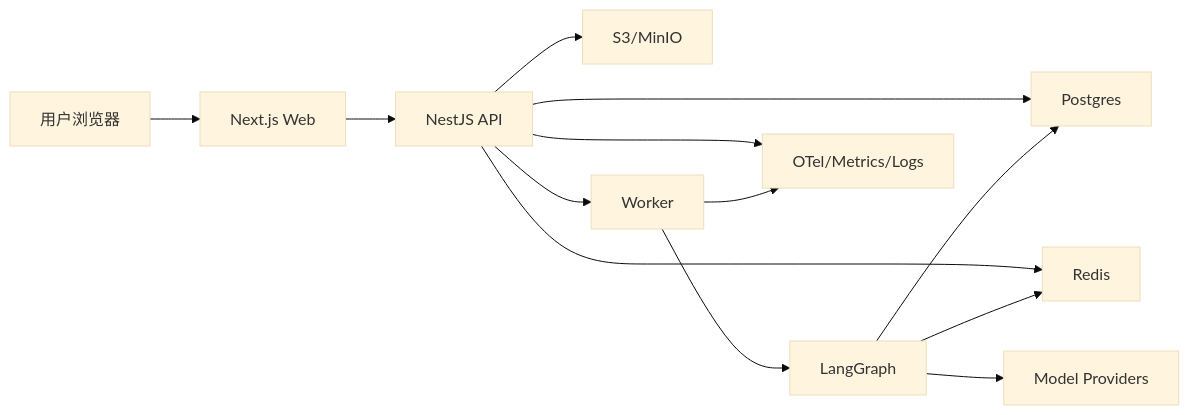
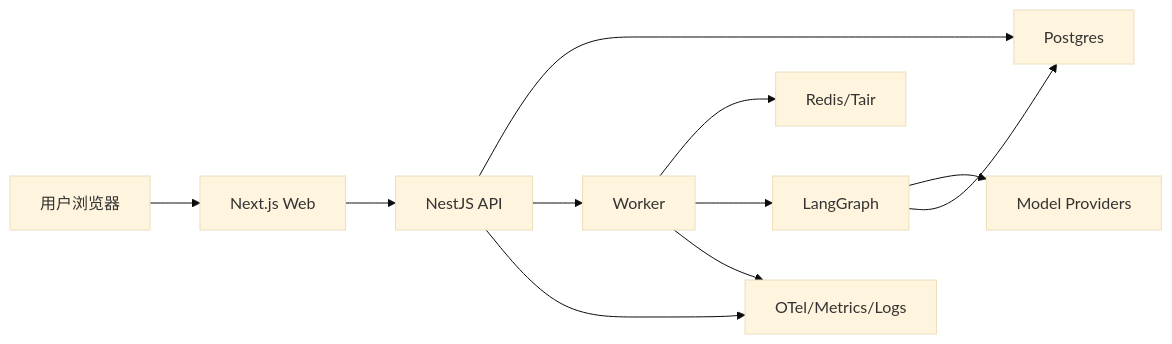
Before and after one commit to miaole/meetwise: the diagram in ai-docs/architecture/system-blueprint.md, drawn with Mermaid (base theme). The commit also changed other lines of this file and 9 other files, not shown here.

````diff
--- a/ai-docs/architecture/system-blueprint.md
+++ b/ai-docs/architecture/system-blueprint.md
@@ -62,15 +65,13 @@
 ```mermaid
 flowchart LR
   User["用户浏览器"] --> Web["Next.js Web"]
   Web --> Api["NestJS API"]
   Api --> DB["Postgres"]
-  Api --> Redis["Redis"]
-  Api --> S3["S3/MinIO"]
   Api --> Worker["Worker"]
+  Worker --> Redis["Redis/Tair"]
   Worker --> Graphs["LangGraph"]
   Graphs --> LLM["Model Providers"]
   Graphs --> DB
-  Graphs --> Redis
   Api --> Obs["OTel/Metrics/Logs"]
   Worker --> Obs
 ```
````
